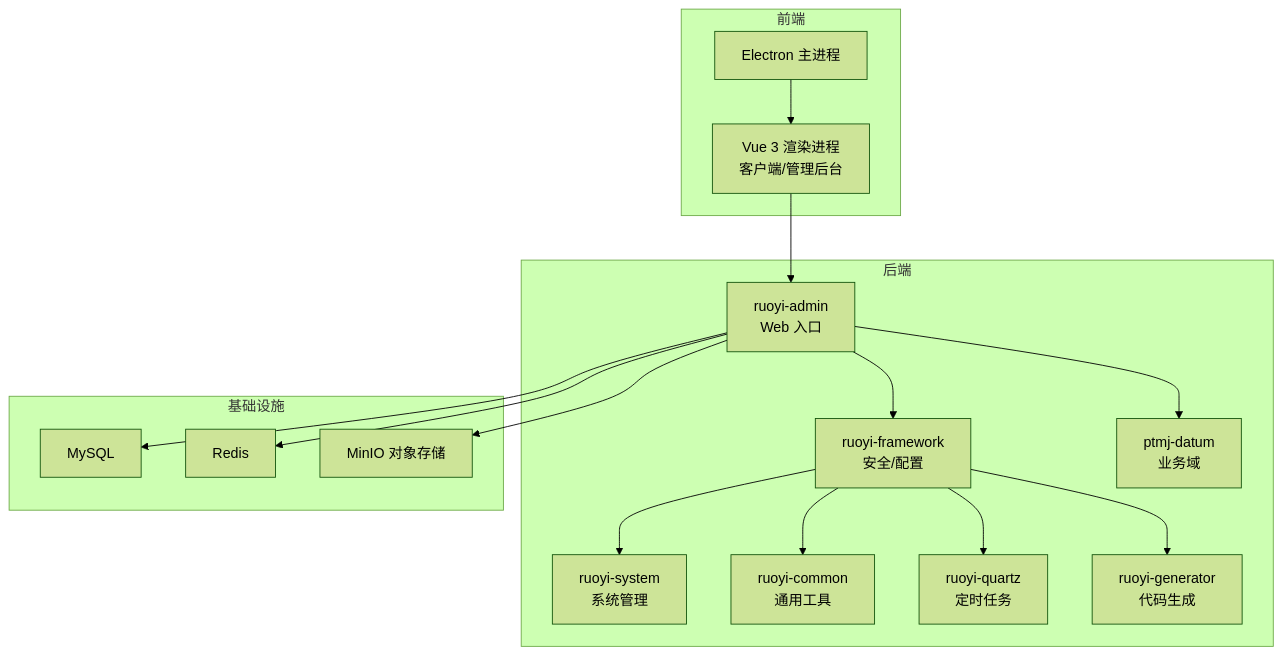
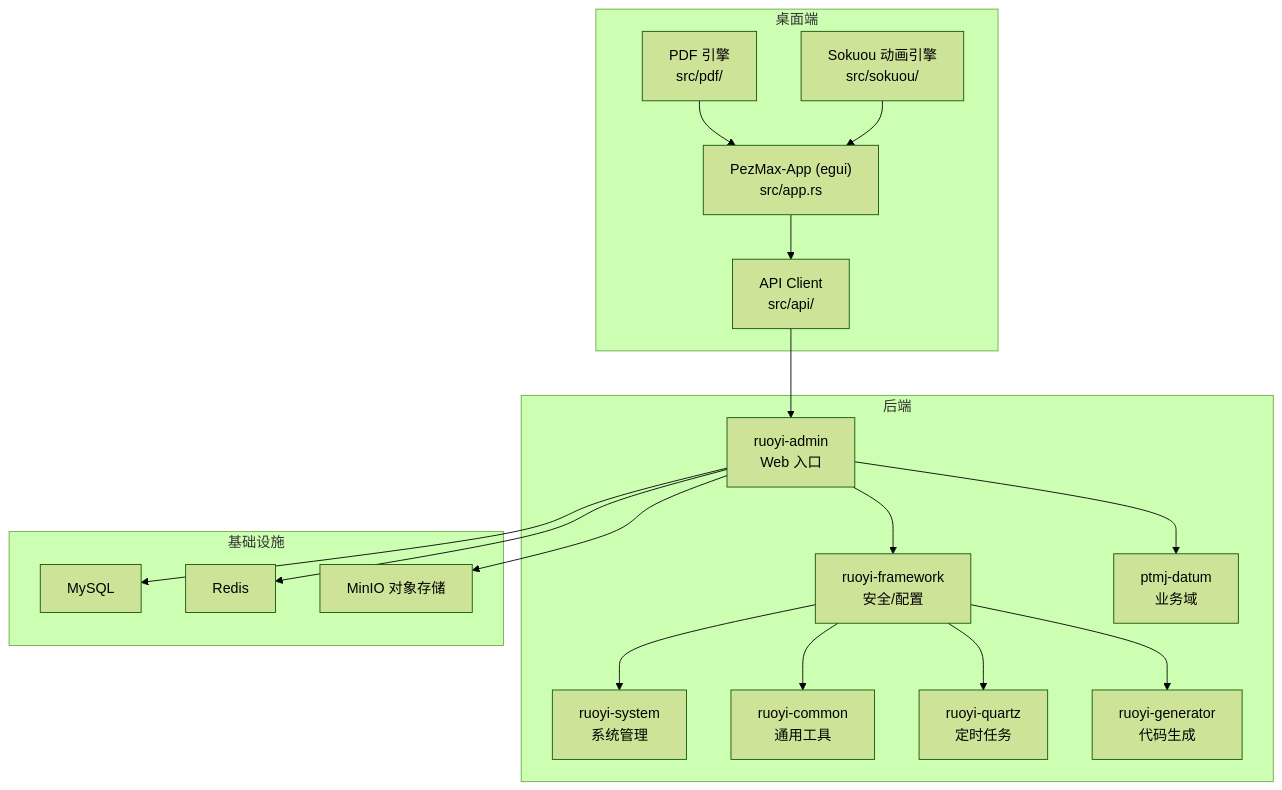
Before and after one commit to PezMax/PezMax-One: the first of 5 diagrams in repowiki/zh/content/项目概述.md, drawn with Mermaid (forest theme). The commit also changed other lines of this file and 12 other files, not shown here.

````diff
--- a/repowiki/zh/content/项目概述.md
+++ b/repowiki/zh/content/项目概述.md
@@ -46,25 +50,29 @@
 ```mermaid
 graph TB
 subgraph "后端"
 A["ruoyi-admin<br/>Web 入口"] --> B["ruoyi-framework<br/>安全/配置"]
 A --> C["ptmj-datum<br/>业务域"]
 B --> D["ruoyi-system<br/>系统管理"]
 B --> E["ruoyi-common<br/>通用工具"]
 B --> F["ruoyi-quartz<br/>定时任务"]
 B --> G["ruoyi-generator<br/>代码生成"]
 end
 subgraph "基础设施"
 H["MySQL"]
 I["Redis"]
 J["MinIO 对象存储"]
 end
-subgraph "前端"
-K["Electron 主进程"]
-L["Vue 3 渲染进程<br/>客户端/管理后台"]
+subgraph "桌面端"
+K["PezMax-App (egui)<br/>src/app.rs"]
+L["API Client<br/>src/api/"]
+M["PDF 引擎<br/>src/pdf/"]
+N["Sokuou 动画引擎<br/>src/sokuou/"]
 end
 A --> H
 A --> I
 A --> J
+K --> L
 L --> A
-K --> L
+M --> K
+N --> K
 ```
````
